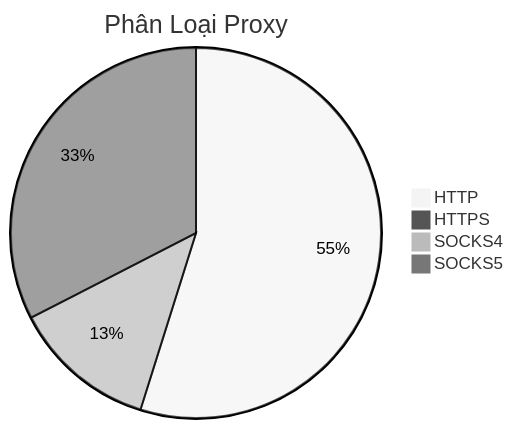
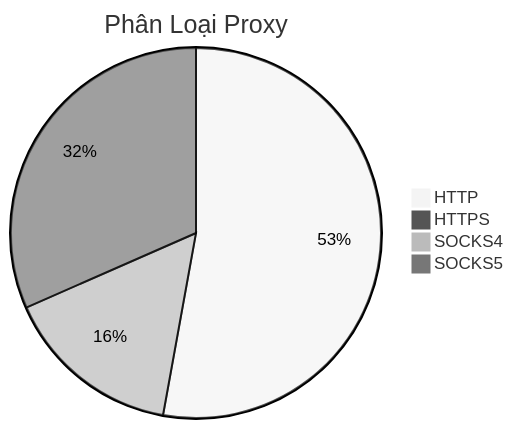
One commit to Ciara-12/PROXY-free changed the diagram in README.md. Above: the diagram before and after it, drawn with Mermaid (neutral theme). The commit also changed other lines of this file and 3 other files, not shown here.

````diff
--- a/README.md
+++ b/README.md
@@ -26,7 +26,7 @@
 ```mermaid
 pie title Phân Loại Proxy
-    "HTTP" : 1188
+    "HTTP" : 1362
     "HTTPS" : 0
-    "SOCKS4" : 273
-    "SOCKS5" : 705
+    "SOCKS4" : 401
+    "SOCKS5" : 814
 ```
````
